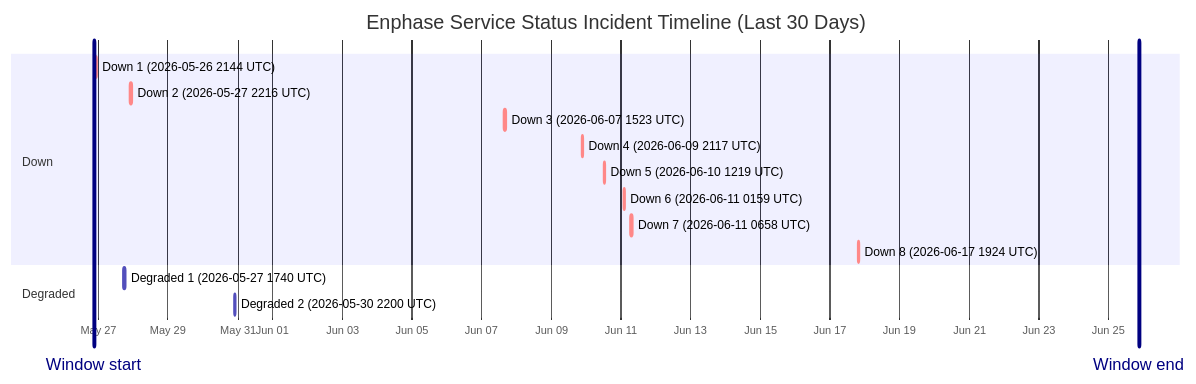
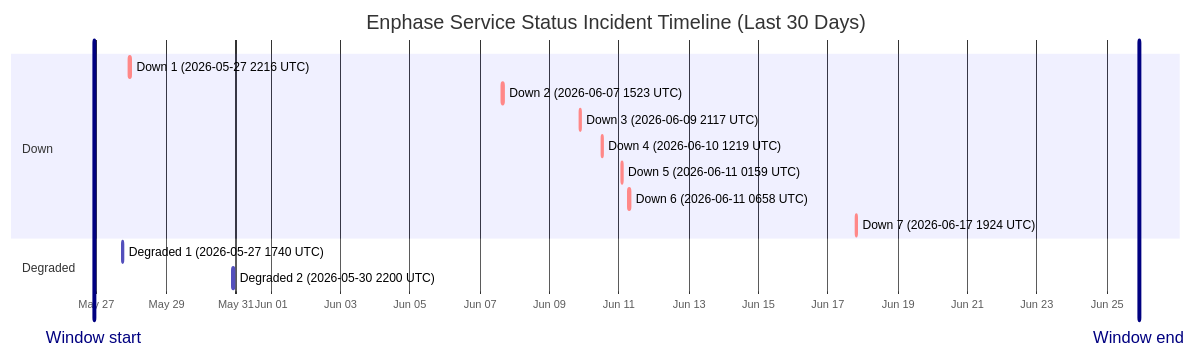
One commit to barneyonline/ha-enphase-energy changed the diagram in wiki/Service-Status-History.md. Above: the diagram before and after it, drawn with Mermaid. The commit also changed other lines of this file and 3 other files, not shown here.

````diff
--- a/wiki/Service-Status-History.md
+++ b/wiki/Service-Status-History.md
@@ -14,20 +14,19 @@
 ```mermaid
 gantt
     title Enphase Service Status Incident Timeline (Last 30 Days)
     dateFormat  YYYY-MM-DDTHH:mm:ss
     axisFormat  %b %d
-    Window start :vert, window-start, 2026-05-26T20:55:23, 0ms
-    Window end :vert, window-end, 2026-06-25T20:55:23, 0ms
+    Window start :vert, window-start, 2026-05-26T22:20:26, 0ms
+    Window end :vert, window-end, 2026-06-25T22:20:26, 0ms
     section Down
-    Down 1 (2026-05-26 2144 UTC) :crit, down-1, 2026-05-26T21:44:11, 85m
-    Down 2 (2026-05-27 2216 UTC) :crit, down-2, 2026-05-27T22:16:53, 87m
-    Down 3 (2026-06-07 1523 UTC) :crit, down-3, 2026-06-07T15:23:22, 87m
-    Down 4 (2026-06-09 2117 UTC) :crit, down-4, 2026-06-09T21:17:17, 60m
-    Down 5 (2026-06-10 1219 UTC) :crit, down-5, 2026-06-10T12:19:21, 60m
-    Down 6 (2026-06-11 0159 UTC) :crit, down-6, 2026-06-11T01:59:36, 60m
-    Down 7 (2026-06-11 0658 UTC) :crit, down-7, 2026-06-11T06:58:45, 60m
-    Down 8 (2026-06-17 1924 UTC) :crit, down-8, 2026-06-17T19:24:51, 60m
+    Down 1 (2026-05-27 2216 UTC) :crit, down-1, 2026-05-27T22:16:53, 87m
+    Down 2 (2026-06-07 1523 UTC) :crit, down-2, 2026-06-07T15:23:22, 87m
+    Down 3 (2026-06-09 2117 UTC) :crit, down-3, 2026-06-09T21:17:17, 60m
+    Down 4 (2026-06-10 1219 UTC) :crit, down-4, 2026-06-10T12:19:21, 60m
+    Down 5 (2026-06-11 0159 UTC) :crit, down-5, 2026-06-11T01:59:36, 60m
+    Down 6 (2026-06-11 0658 UTC) :crit, down-6, 2026-06-11T06:58:45, 60m
+    Down 7 (2026-06-17 1924 UTC) :crit, down-7, 2026-06-17T19:24:51, 60m
     section Degraded
     Degraded 1 (2026-05-27 1740 UTC) :active, degraded-1, 2026-05-27T17:40:52, 60m
     Degraded 2 (2026-05-30 2200 UTC) :active, degraded-2, 2026-05-30T22:00:37, 60m
 ```
````
